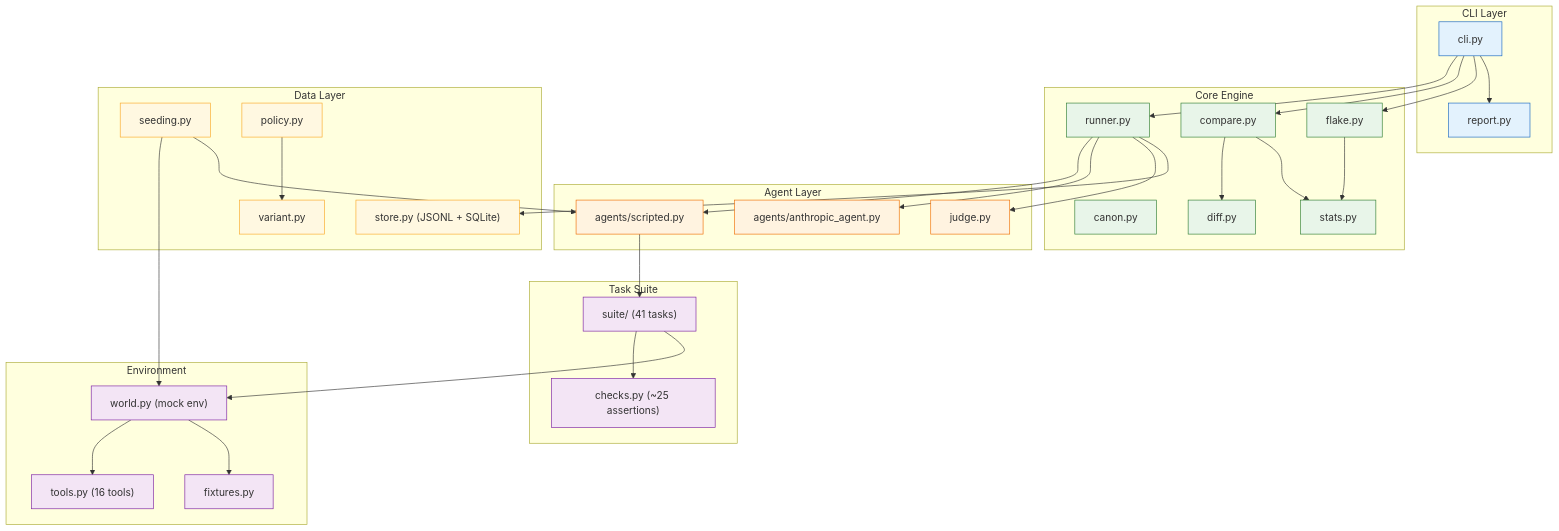
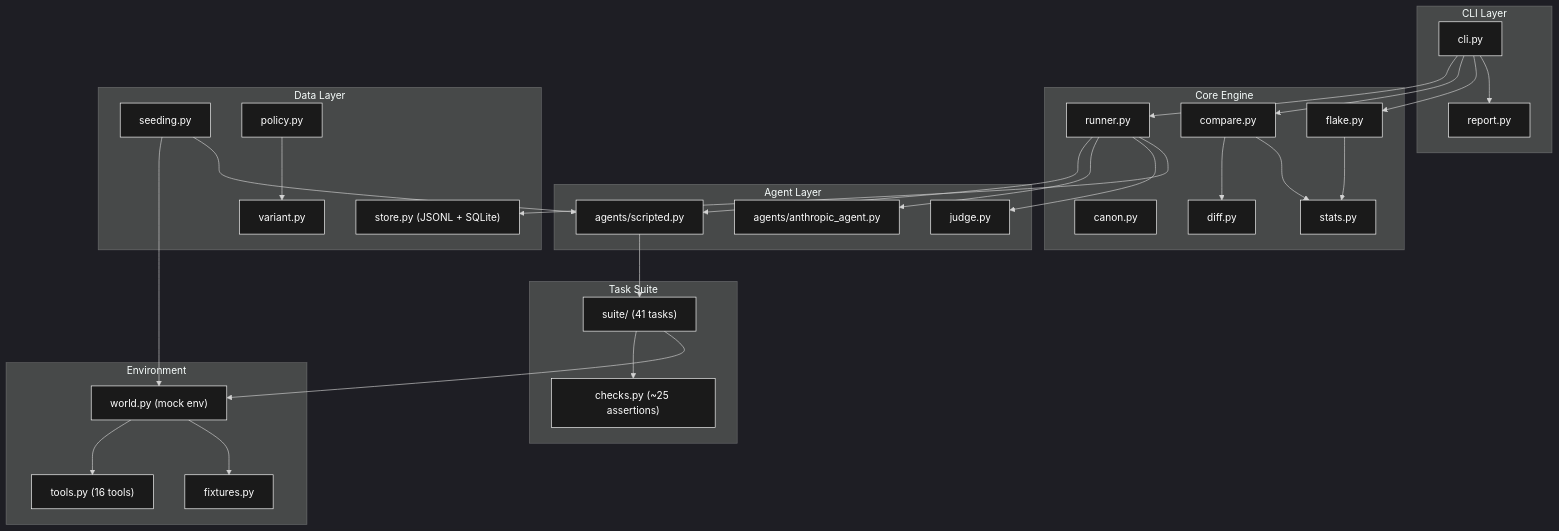
Before and after one commit to Mehul-bisht-0/Driftbench--AI-regression-testing-harness: the sixth of 11 diagrams in README.md, drawn with Mermaid. The commit also changed other lines of this file, not shown here.

````diff
--- a/README.md
+++ b/README.md
@@ -352,4 +357,5 @@
 ```mermaid
+%%{init: {"theme": "dark"}}%%
 graph TB
     subgraph CLI["CLI Layer"]
         CLI1["cli.py"]
@@ -414,24 +420,24 @@
     D2 --> V1
     D2 --> A1
 
-    style CLI1 fill:#e3f2fd,stroke:#1565c0
-    style CLI2 fill:#e3f2fd,stroke:#1565c0
-    style E1 fill:#e8f5e9,stroke:#2e7d32
-    style E2 fill:#e8f5e9,stroke:#2e7d32
-    style E3 fill:#e8f5e9,stroke:#2e7d32
-    style E4 fill:#e8f5e9,stroke:#2e7d32
-    style E5 fill:#e8f5e9,stroke:#2e7d32
-    style E6 fill:#e8f5e9,stroke:#2e7d32
-    style A1 fill:#fff3e0,stroke:#ef6c00
-    style A2 fill:#fff3e0,stroke:#ef6c00
-    style A3 fill:#fff3e0,stroke:#ef6c00
-    style T1 fill:#f3e5f5,stroke:#7b1fa2
-    style T2 fill:#f3e5f5,stroke:#7b1fa2
-    style V1 fill:#f3e5f5,stroke:#7b1fa2
-    style V2 fill:#f3e5f5,stroke:#7b1fa2
-    style V3 fill:#f3e5f5,stroke:#7b1fa2
-    style D1 fill:#fff8e1,stroke:#f9a825
-    style D2 fill:#fff8e1,stroke:#f9a825
-    style D3 fill:#fff8e1,stroke:#f9a825
-    style D4 fill:#fff8e1,stroke:#f9a825
+    style CLI1 fill:#1a1a1a,stroke:#ffffff,color:#ffffff
+    style CLI2 fill:#1a1a1a,stroke:#ffffff,color:#ffffff
+    style E1 fill:#1a1a1a,stroke:#ffffff,color:#ffffff
+    style E2 fill:#1a1a1a,stroke:#ffffff,color:#ffffff
+    style E3 fill:#1a1a1a,stroke:#ffffff,color:#ffffff
+    style E4 fill:#1a1a1a,stroke:#ffffff,color:#ffffff
+    style E5 fill:#1a1a1a,stroke:#ffffff,color:#ffffff
+    style E6 fill:#1a1a1a,stroke:#ffffff,color:#ffffff
+    style A1 fill:#1a1a1a,stroke:#ffffff,color:#ffffff
+    style A2 fill:#1a1a1a,stroke:#ffffff,color:#ffffff
+    style A3 fill:#1a1a1a,stroke:#ffffff,color:#ffffff
+    style T1 fill:#1a1a1a,stroke:#ffffff,color:#ffffff
+    style T2 fill:#1a1a1a,stroke:#ffffff,color:#ffffff
+    style V1 fill:#1a1a1a,stroke:#ffffff,color:#ffffff
+    style V2 fill:#1a1a1a,stroke:#ffffff,color:#ffffff
+    style V3 fill:#1a1a1a,stroke:#ffffff,color:#ffffff
+    style D1 fill:#1a1a1a,stroke:#ffffff,color:#ffffff
+    style D2 fill:#1a1a1a,stroke:#ffffff,color:#ffffff
+    style D3 fill:#1a1a1a,stroke:#ffffff,color:#ffffff
+    style D4 fill:#1a1a1a,stroke:#ffffff,color:#ffffff
 ```
````
